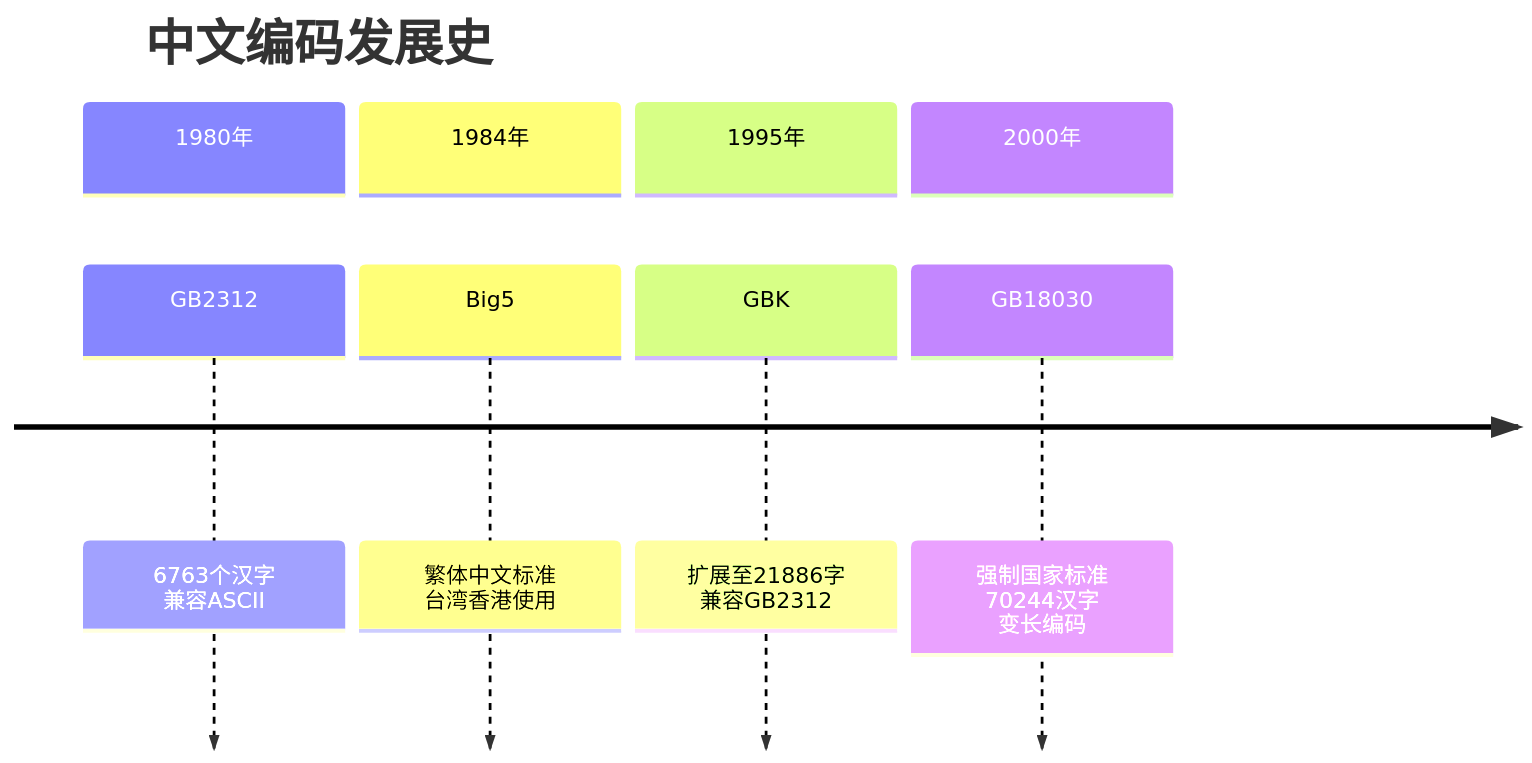
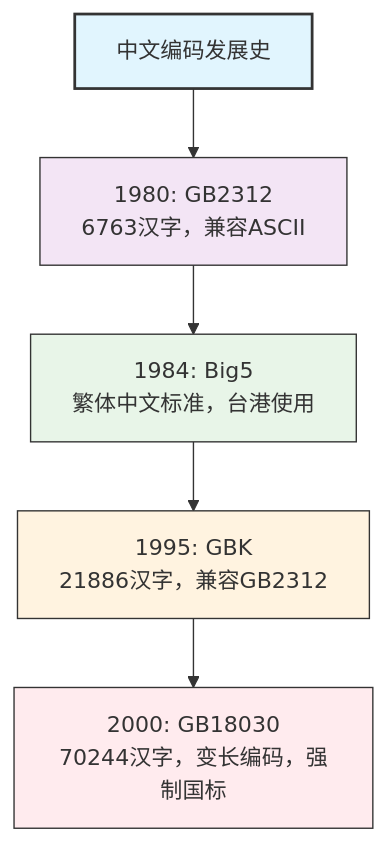
One commit to wuqi/GIS-Career-Entry-Guide changed the sixth of 7 diagrams in docs/data/文件/文本文件.rst. Above: the diagram before and after it, drawn with Mermaid. The commit also changed other lines of this file, not shown here.

```diff
--- a/docs/data/文件/文本文件.rst
+++ b/docs/data/文件/文本文件.rst
@@ -559,12 +574,18 @@
 .. mermaid::
 
-   timeline
-        title 中文编码发展史
-        section 1980年
-            GB2312 : 6763个汉字<br>兼容ASCII
-        section 1984年
-            Big5 : 繁体中文标准<br>台湾香港使用
-        section 1995年
-            GBK : 扩展至21886字<br>兼容GB2312
-        section 2000年
-            GB18030 : 强制国家标准<br>70244汉字<br>变长编码
+   flowchart TD
+      A[中文编码发展史] --> B
+      
+      B[1980: GB2312<br>6763汉字，兼容ASCII] --> C
+      
+      C[1984: Big5<br>繁体中文标准，台港使用] --> D
+      
+      D[1995: GBK<br>21886汉字，兼容GB2312] --> E
+      
+      E[2000: GB18030<br>70244汉字，变长编码，强制国标]
+      
+      style A fill:#e1f5fe,stroke:#333,stroke-width:2px
+      style B fill:#f3e5f5,stroke:#333
+      style C fill:#e8f5e8,stroke:#333
+      style D fill:#fff3e0,stroke:#333
+      style E fill:#ffebee,stroke:#333
```
